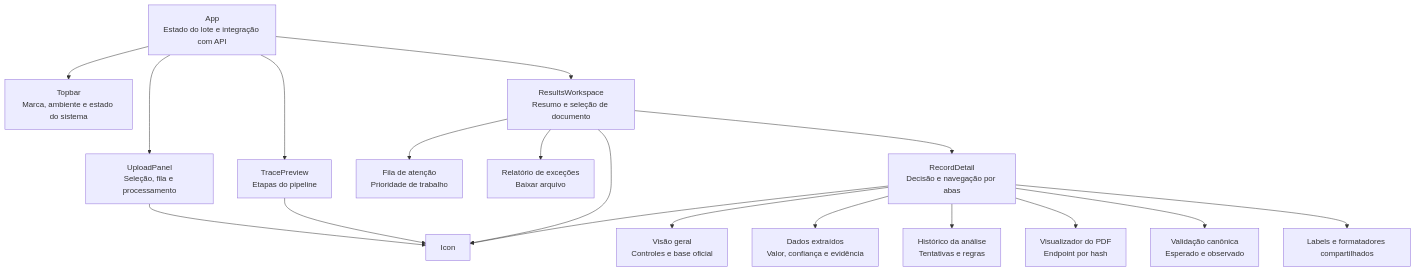
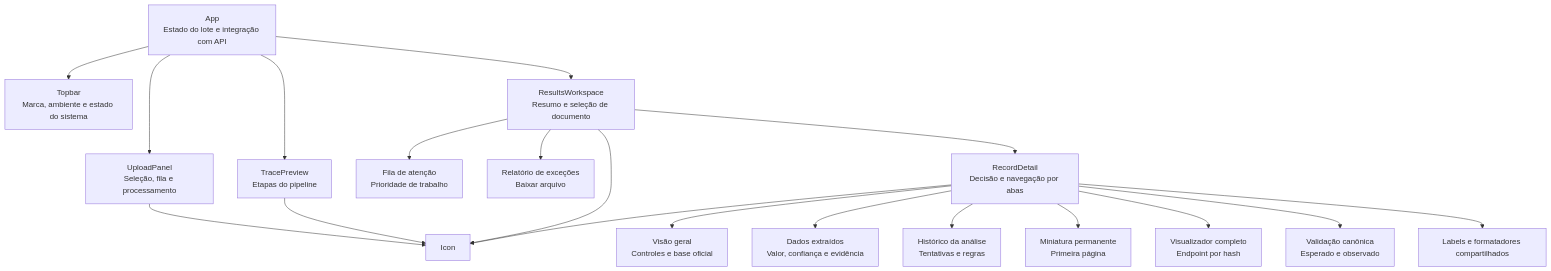
Before and after one commit to GMiraaa/fintrace: the diagram in f_docs/b_architecture/frontend-design.md, drawn with Mermaid. The commit also changed other lines of this file and 31 other files, not shown here.

````diff
--- a/f_docs/b_architecture/frontend-design.md
+++ b/f_docs/b_architecture/frontend-design.md
@@ -50,21 +50,22 @@
 ```mermaid
 flowchart TD
     APP[App<br/>Estado do lote e integração com API]
     APP --> TOP[Topbar<br/>Marca, ambiente e estado do sistema]
     APP --> UP[UploadPanel<br/>Seleção, fila e processamento]
     APP --> TRACE[TracePreview<br/>Etapas do pipeline]
     APP --> RESULTS[ResultsWorkspace<br/>Resumo e seleção de documento]
     RESULTS --> QUEUE[Fila de atenção<br/>Prioridade de trabalho]
     RESULTS --> REPORT[Relatório de exceções<br/>Baixar arquivo]
     RESULTS --> DETAIL[RecordDetail<br/>Decisão e navegação por abas]
     DETAIL --> OVERVIEW[Visão geral<br/>Controles e base oficial]
     DETAIL --> DATA[Dados extraídos<br/>Valor, confiança e evidência]
     DETAIL --> HISTORY[Histórico da análise<br/>Tentativas e regras]
-    DETAIL --> PDF[Visualizador do PDF<br/>Endpoint por hash]
+    DETAIL --> PREVIEW[Miniatura permanente<br/>Primeira página]
+    DETAIL --> PDF[Visualizador completo<br/>Endpoint por hash]
     DETAIL --> REF[Validação canônica<br/>Esperado e observado]
     UP --> ICON[Icon]
     TRACE --> ICON
     RESULTS --> ICON
     DETAIL --> ICON
     DETAIL --> CONST[Labels e formatadores compartilhados]
 ```
````
